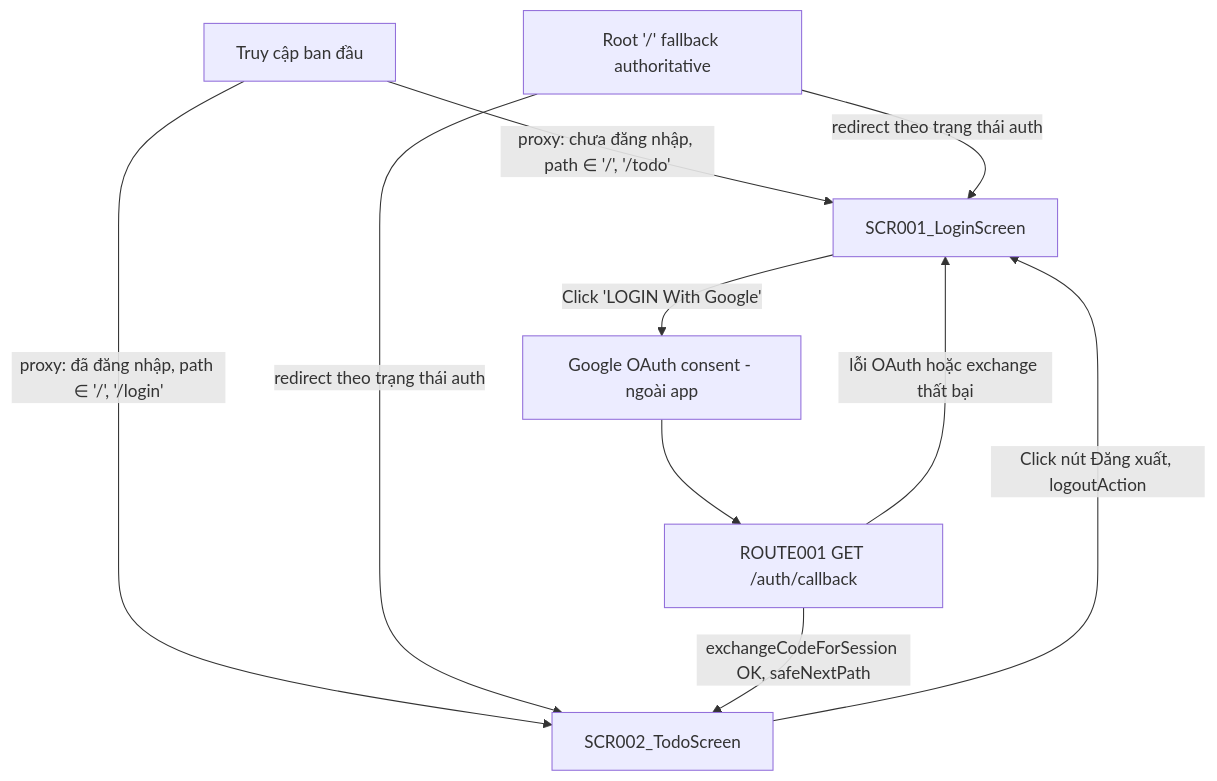
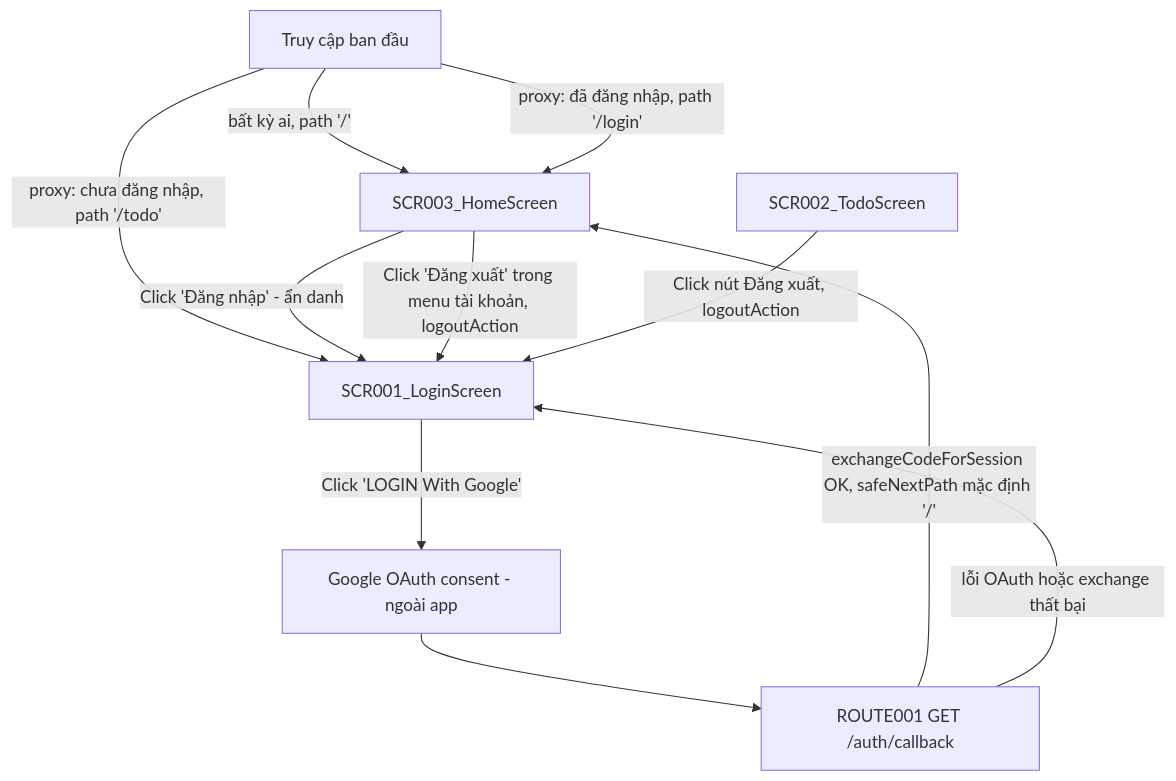
One commit to thangdx-1076/agentic-coding-hands-on changed the first of 2 diagrams in docs/vi/generated/screen-flow.md. Above: the diagram before and after it, drawn with Mermaid. The commit also changed other lines of this file and 22 other files, not shown here.

````diff
--- a/docs/vi/generated/screen-flow.md
+++ b/docs/vi/generated/screen-flow.md
@@ -11,12 +11,13 @@
 ```mermaid
 graph TD
-    Start[Truy cập ban đầu] -->|proxy: chưa đăng nhập, path ∈ '/', '/todo'| SCR001[SCR001_LoginScreen]
-    Start -->|proxy: đã đăng nhập, path ∈ '/', '/login'| SCR002[SCR002_TodoScreen]
-    Root[Root '/' fallback authoritative] -->|redirect theo trạng thái auth| SCR001
-    Root -->|redirect theo trạng thái auth| SCR002
+    Start[Truy cập ban đầu] -->|bất kỳ ai, path '/'| SCR003[SCR003_HomeScreen]
+    Start -->|proxy: chưa đăng nhập, path '/todo'| SCR001[SCR001_LoginScreen]
+    Start -->|proxy: đã đăng nhập, path '/login'| SCR003
     SCR001 -->|Click 'LOGIN With Google'| Google[Google OAuth consent - ngoài app]
     Google --> ROUTE001[ROUTE001 GET /auth/callback]
-    ROUTE001 -->|exchangeCodeForSession OK, safeNextPath| SCR002
+    ROUTE001 -->|exchangeCodeForSession OK, safeNextPath mặc định '/'| SCR003
     ROUTE001 -->|lỗi OAuth hoặc exchange thất bại| SCR001
-    SCR002 -->|Click nút Đăng xuất, logoutAction| SCR001
+    SCR003 -->|Click 'Đăng nhập' - ẩn danh| SCR001
+    SCR003 -->|Click 'Đăng xuất' trong menu tài khoản, logoutAction| SCR001
+    SCR002[SCR002_TodoScreen] -->|Click nút Đăng xuất, logoutAction| SCR001
 ```
````
